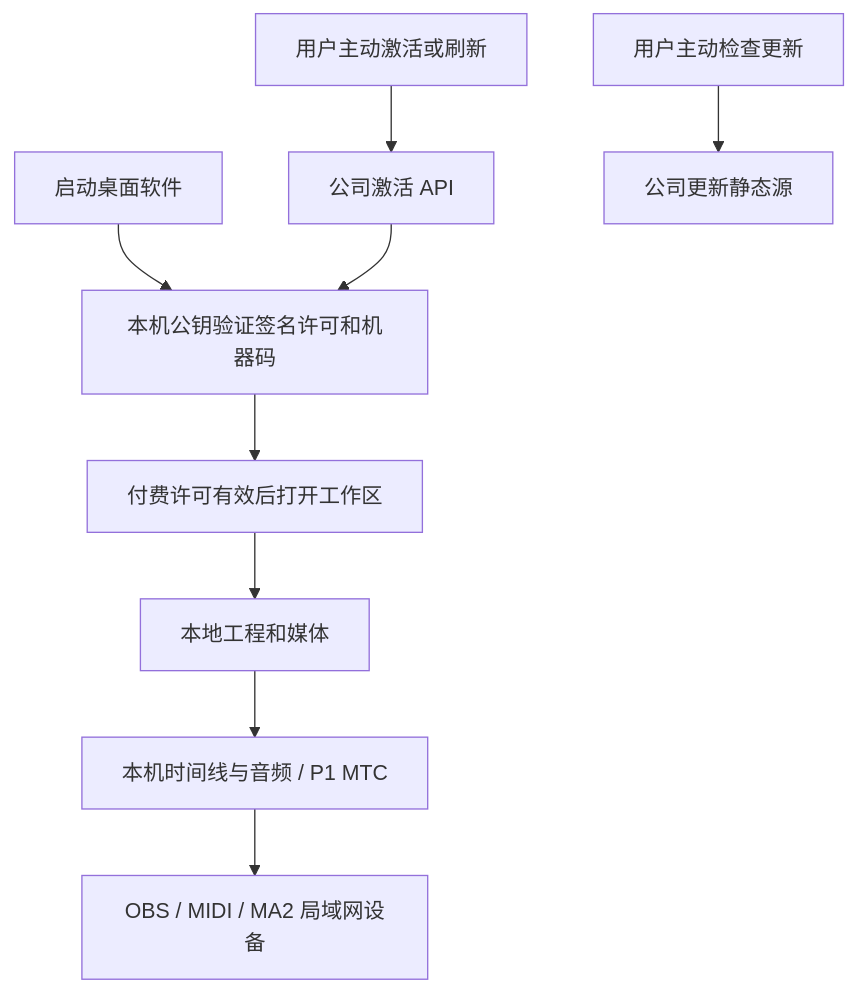
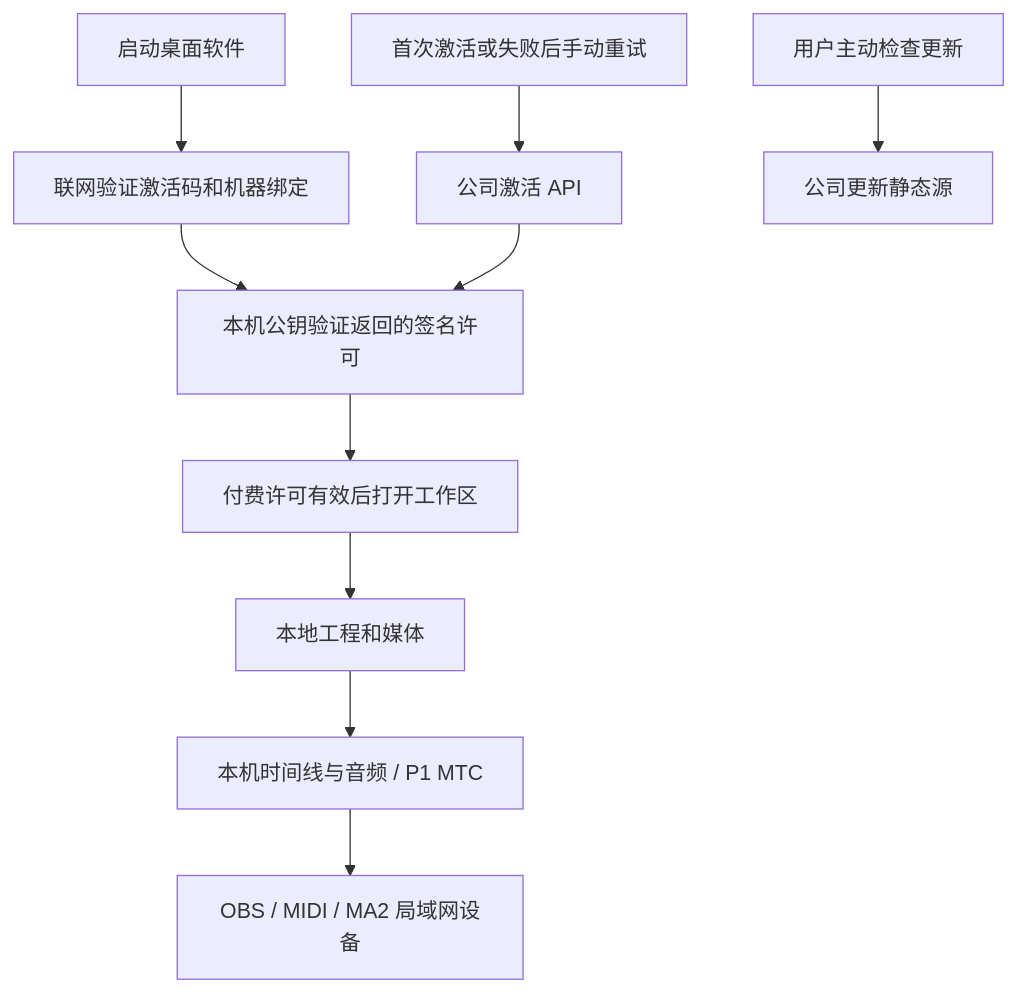
One commit to Fldicoahkiin/tuanbo-link-console changed the second of 2 diagrams in docs/RELEASE_CHAIN.md. Above: the diagram before and after it, drawn with Mermaid. The commit also changed other lines of this file and 11 other files, not shown here.

````diff
--- a/docs/RELEASE_CHAIN.md
+++ b/docs/RELEASE_CHAIN.md
@@ -90,11 +90,12 @@
 ```mermaid
 flowchart TB
-  A[启动桌面软件] --> B[本机公钥验证签名许可和机器码]
+  A[启动桌面软件] --> K[联网验证激活码和机器绑定]
+  K --> B[本机公钥验证返回的签名许可]
   B --> C[付费许可有效后打开工作区]
   C --> D[本地工程和媒体]
   D --> E[本机时间线与音频 / P1 MTC]
   E --> F[OBS / MIDI / MA2 局域网设备]
-  G[用户主动激活或刷新] --> H[公司激活 API]
+  G[首次激活或失败后手动重试] --> H[公司激活 API]
   H --> B
   I[用户主动检查更新] --> J[公司更新静态源]
 ```
````
